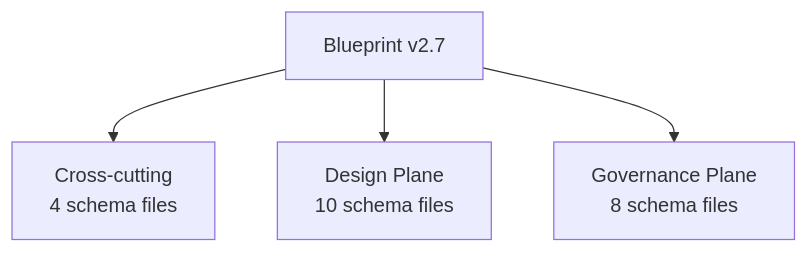
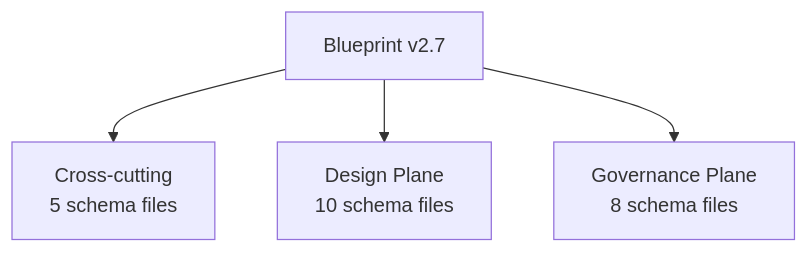
The diagram in docs/schema-atlas/v2.7/overview.md (Archally/blueprint-schema), drawn with Mermaid before and after one commit. The commit also changed other lines of this file and 9 other files, not shown here.

Commit message:
v2.7.9: domain_ref on a bounded context, render manifest schema, regenerated atlas

````diff
--- a/docs/schema-atlas/v2.7/overview.md
+++ b/docs/schema-atlas/v2.7/overview.md
@@ -17,10 +17,10 @@
 ```mermaid
 graph TD
     ROOT["Blueprint v2.7"]
-    cross_cutting["Cross-cutting<br/>4 schema files"]
+    cross_cutting["Cross-cutting<br/>5 schema files"]
     ROOT --> cross_cutting
     design["Design Plane<br/>10 schema files"]
     ROOT --> design
     governance["Governance Plane<br/>8 schema files"]
     ROOT --> governance
 ```
````
